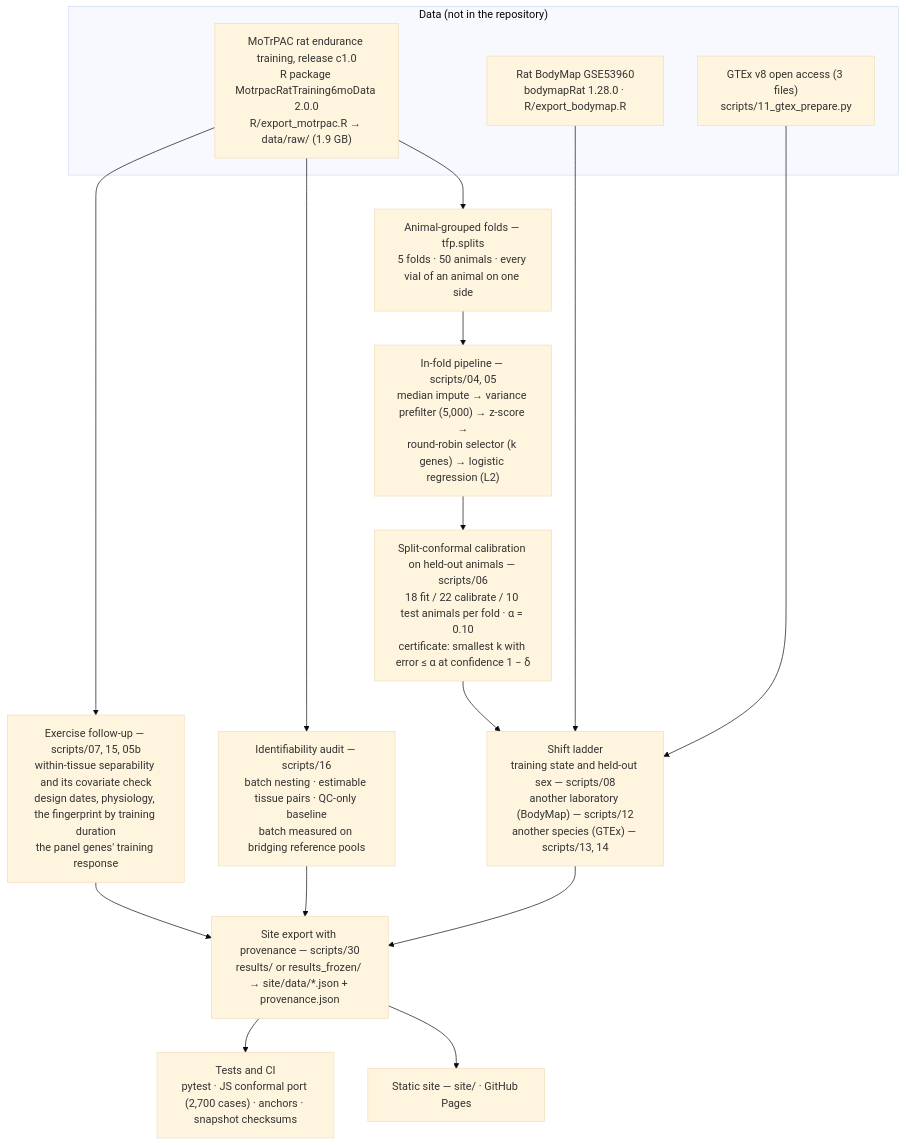
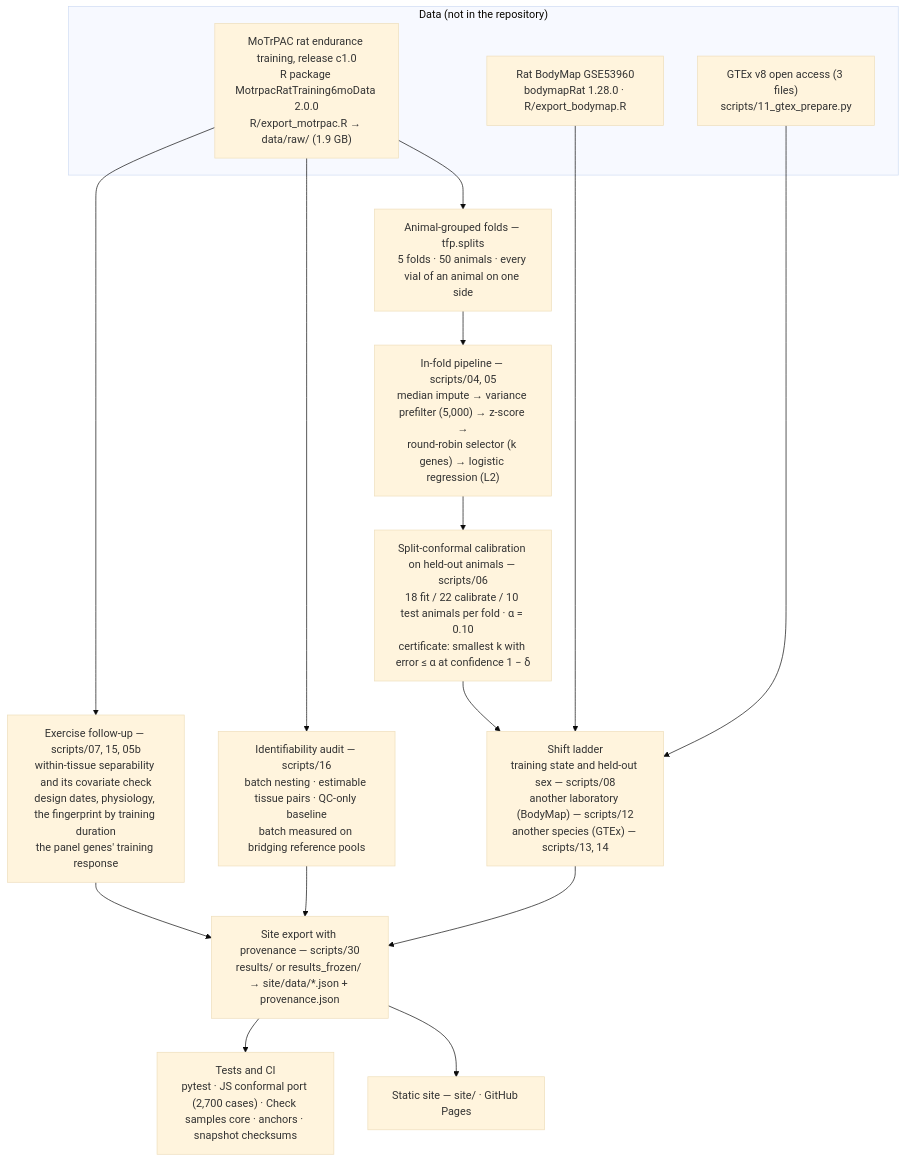
One commit to CoryGardner/motrpac_challenge changed the diagram in README.md. Above: the diagram before and after it, drawn with Mermaid (base theme). The commit also changed other lines of this file and 26 other files, not shown here.

````diff
--- a/README.md
+++ b/README.md
@@ -122,21 +125,21 @@
 ```mermaid
 flowchart TD
   subgraph data["Data (not in the repository)"]
     M["MoTrPAC rat endurance training, release c1.0<br/>R package MotrpacRatTraining6moData 2.0.0<br/>R/export_motrpac.R → data/raw/ (1.9 GB)"]
     B["Rat BodyMap GSE53960<br/>bodymapRat 1.28.0 · R/export_bodymap.R"]
     G["GTEx v8 open access (3 files)<br/>scripts/11_gtex_prepare.py"]
   end
   M --> F["Animal-grouped folds — tfp.splits<br/>5 folds · 50 animals · every vial of an animal on one side"]
   F --> P["In-fold pipeline — scripts/04, 05<br/>median impute → variance prefilter (5,000) → z-score →<br/>round-robin selector (k genes) → logistic regression (L2)"]
   P --> C["Split-conformal calibration on held-out animals — scripts/06<br/>18 fit / 22 calibrate / 10 test animals per fold · α = 0.10<br/>certificate: smallest k with error ≤ α at confidence 1 − δ"]
   C --> L["Shift ladder<br/>training state and held-out sex — scripts/08<br/>another laboratory (BodyMap) — scripts/12<br/>another species (GTEx) — scripts/13, 14"]
   B --> L
   G --> L
   M --> I["Identifiability audit — scripts/16<br/>batch nesting · estimable tissue pairs · QC-only baseline<br/>batch measured on bridging reference pools"]
   M --> X["Exercise follow-up — scripts/07, 15, 05b<br/>within-tissue separability and its covariate check<br/>design dates, physiology, the fingerprint by training duration<br/>the panel genes' training response"]
   L --> E["Site export with provenance — scripts/30<br/>results/ or results_frozen/ → site/data/*.json + provenance.json"]
   I --> E
   X --> E
   E --> S["Static site — site/ · GitHub Pages"]
-  E --> T["Tests and CI<br/>pytest · JS conformal port (2,700 cases) · anchors · snapshot checksums"]
+  E --> T["Tests and CI<br/>pytest · JS conformal port (2,700 cases) · Check samples core · anchors · snapshot checksums"]
 ```
````
